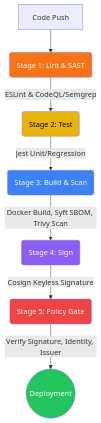
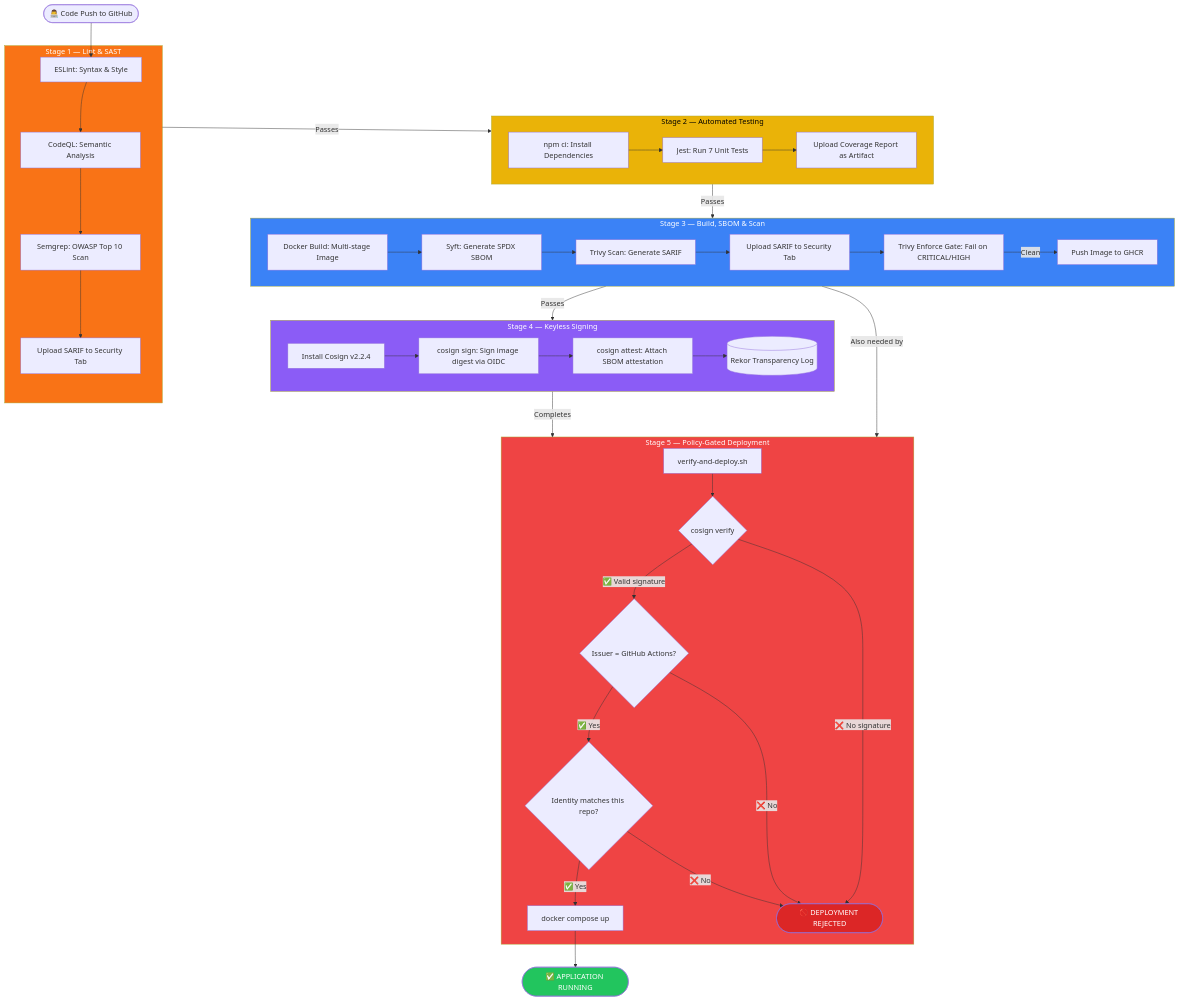
One commit to rudralaheri/devopsca changed the first of 2 diagrams in docs/architecture.md. Above: the diagram before and after it, drawn with Mermaid. The commit also changed other lines of this file and 4 other files, not shown here.

````diff
--- a/docs/architecture.md
+++ b/docs/architecture.md
@@ -7,16 +11,58 @@
 ```mermaid
 graph TD
-    A[Code Push] --> B(Stage 1: Lint & SAST)
-    B -->|ESLint & CodeQL/Semgrep| C(Stage 2: Test)
-    C -->|Jest Unit/Regression| D(Stage 3: Build & Scan)
-    D -->|Docker Build, Syft SBOM, Trivy Scan| E(Stage 4: Sign)
-    E -->|Cosign Keyless Signature| F(Stage 5: Policy Gate)
-    F -->|Verify Signature, Identity, Issuer| G((Deployment))
-    
-    style B fill:#f97316,color:#fff
-    style C fill:#eab308,color:#000
-    style D fill:#3b82f6,color:#fff
-    style E fill:#8b5cf6,color:#fff
-    style F fill:#ef4444,color:#fff
-    style G fill:#22c55e,color:#fff
+    A([👨‍💻 Code Push to GitHub]) --> B
+
+    subgraph Stage1["Stage 1 — Lint & SAST"]
+        B[ESLint: Syntax & Style] --> C[CodeQL: Semantic Analysis]
+        C --> D[Semgrep: OWASP Top 10 Scan]
+        D --> E[Upload SARIF to Security Tab]
+    end
+
+    Stage1 -->|Passes| Stage2
+
+    subgraph Stage2["Stage 2 — Automated Testing"]
+        F[npm ci: Install Dependencies] --> G[Jest: Run 7 Unit Tests]
+        G --> H[Upload Coverage Report as Artifact]
+    end
+
+    Stage2 -->|Passes| Stage3
+
+    subgraph Stage3["Stage 3 — Build, SBOM & Scan"]
+        I[Docker Build: Multi-stage Image] --> J[Syft: Generate SPDX SBOM]
+        J --> K[Trivy Scan: Generate SARIF]
+        K --> L[Upload SARIF to Security Tab]
+        L --> M[Trivy Enforce Gate: Fail on CRITICAL/HIGH]
+        M -->|Clean| N[Push Image to GHCR]
+    end
+
+    Stage3 -->|Passes| Stage4
+
+    subgraph Stage4["Stage 4 — Keyless Signing"]
+        O[Install Cosign v2.2.4] --> P[cosign sign: Sign image digest via OIDC]
+        P --> Q[cosign attest: Attach SBOM attestation]
+        Q --> R[(Rekor Transparency Log)]
+    end
+
+    Stage3 -->|Also needed by| Stage5
+    Stage4 -->|Completes| Stage5
+
+    subgraph Stage5["Stage 5 — Policy-Gated Deployment"]
+        S[verify-and-deploy.sh] --> T{cosign verify}
+        T -->|✅ Valid signature| U{Issuer = GitHub Actions?}
+        U -->|✅ Yes| V{Identity matches this repo?}
+        V -->|✅ Yes| W[docker compose up]
+        T -->|❌ No signature| X([🚫 DEPLOYMENT REJECTED])
+        U -->|❌ No| X
+        V -->|❌ No| X
+    end
+
+    W --> Y([✅ APPLICATION RUNNING])
+
+    style Stage1 fill:#f97316,color:#fff
+    style Stage2 fill:#eab308,color:#000
+    style Stage3 fill:#3b82f6,color:#fff
+    style Stage4 fill:#8b5cf6,color:#fff
+    style Stage5 fill:#ef4444,color:#fff
+    style Y fill:#22c55e,color:#fff
+    style X fill:#dc2626,color:#fff
 ```
````
